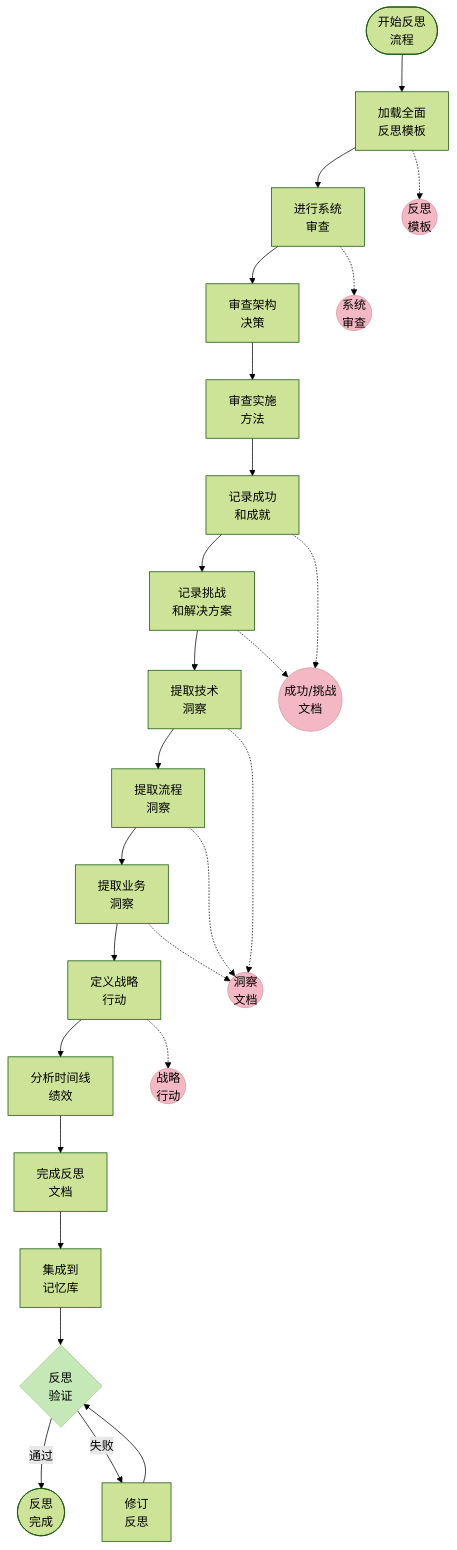
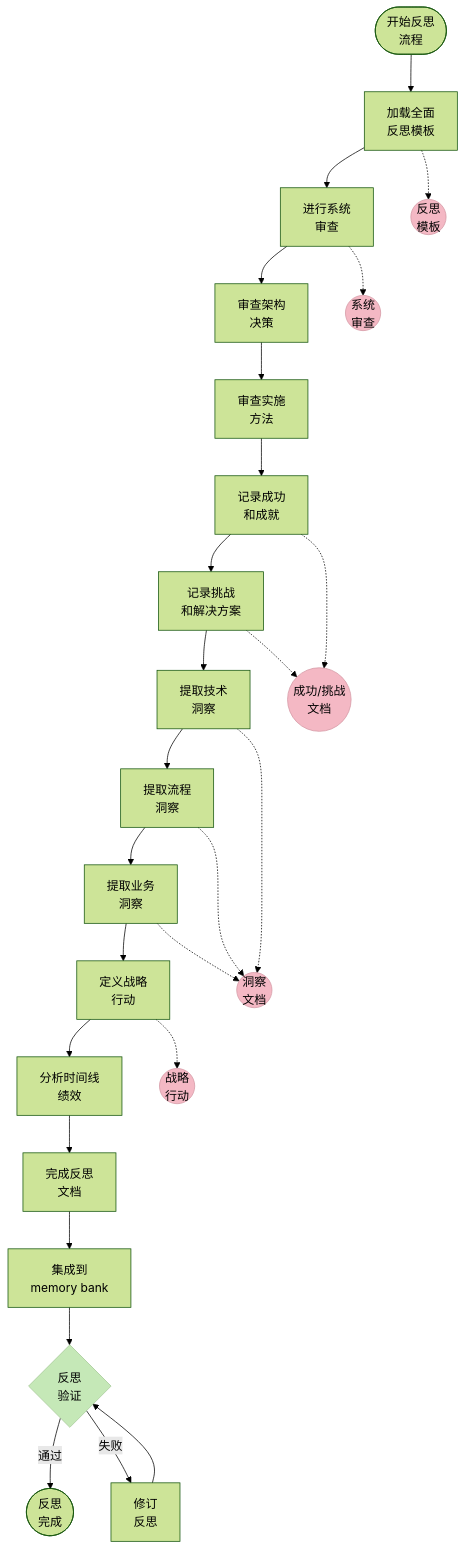
One commit to autel-lizhuohang/cursor-memory-bank-cn changed the first of 8 diagrams in .cursor/rules/isolation_rules/Level4/reflection-comprehensive.mdc. Above: the diagram before and after it, drawn with Mermaid (forest theme). The commit also changed other lines of this file and 33 other files, not shown here.

````diff
--- a/.cursor/rules/isolation_rules/Level4/reflection-comprehensive.mdc
+++ b/.cursor/rules/isolation_rules/Level4/reflection-comprehensive.mdc
@@ -15,35 +15,35 @@
 ```mermaid
 flowchart TD
     classDef phase fill:#f9d77e,stroke:#d9b95c,color:#000
     classDef artifact fill:#f4b8c4,stroke:#d498a4,color:#000
     classDef verification fill:#c5e8b7,stroke:#a5c897,color:#000
 
     Start([开始反思<br>流程]) --> Template[加载全面<br>反思模板]
     Template --> SysReview[进行系统<br>审查]
     SysReview --> ArchReview[审查架构<br>决策]
     ArchReview --> ImplementReview[审查实施<br>方法]
     ImplementReview --> SuccessAnalysis[记录成功<br>和成就]
     SuccessAnalysis --> ChallengeAnalysis[记录挑战<br>和解决方案]
     ChallengeAnalysis --> Technical[提取技术<br>洞察]
     Technical --> Process[提取流程<br>洞察]
     Process --> Business[提取业务<br>洞察]
     Business --> Strategic[定义战略<br>行动]
     Strategic --> Timeline[分析时间线<br>绩效]
     Timeline --> Documentation[完成反思<br>文档]
-    Documentation --> Integration[集成到<br>记忆库]
+    Documentation --> Integration[集成到<br>memory bank]
     Integration --> Verification{反思<br>验证}
     Verification -->|通过| Complete([反思<br>完成])
     Verification -->|失败| Revise[修订<br>反思]
     Revise --> Verification
 
     Template -.-> RT((反思<br>模板))
     SysReview -.-> SR((系统<br>审查))
     SuccessAnalysis & ChallengeAnalysis -.-> SCD((成功/挑战<br>文档))
     Technical & Process & Business -.-> Insights((洞察<br>文档))
     Strategic -.-> Actions((战略<br>行动))
 
     class Start,Complete milestone
     class Template,SysReview,ArchReview,ImplementReview,SuccessAnalysis,ChallengeAnalysis,Technical,Process,Business,Strategic,Timeline,Documentation,Integration step
     class Verification verification
     class RT,SR,SCD,Insights,Actions artifact
 ```
````
